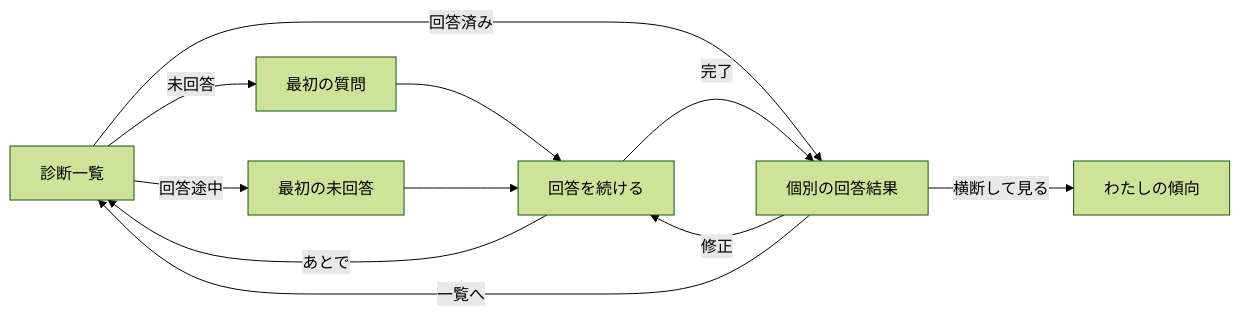
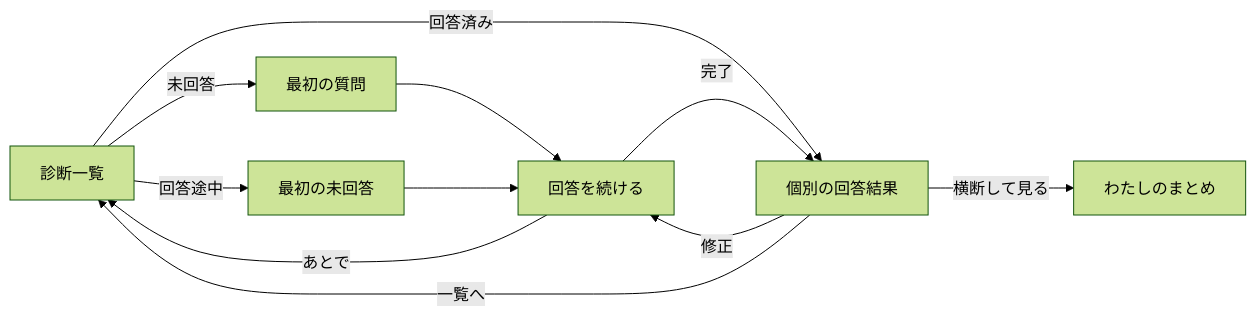
Before and after one commit to kkyosuke/me-builder: the third of 7 diagrams in docs/product/screen-navigation.md, drawn with Mermaid (forest theme). The commit also changed other lines of this file and 9 other files, not shown here.

````diff
--- a/docs/product/screen-navigation.md
+++ b/docs/product/screen-navigation.md
@@ -178,13 +178,13 @@
 ```mermaid
 flowchart LR
     H[診断一覧] -->|未回答| Q[最初の質問]
     H -->|回答途中| U[最初の未回答]
     H -->|回答済み| R[個別の回答結果]
     Q --> A[回答を続ける]
     U --> A
     A -->|完了| R
     A -->|あとで| H
     R -->|修正| A
     R -->|一覧へ| H
-    R -->|横断して見る| P[わたしの傾向]
+    R -->|横断して見る| P[わたしのまとめ]
 ```
````
